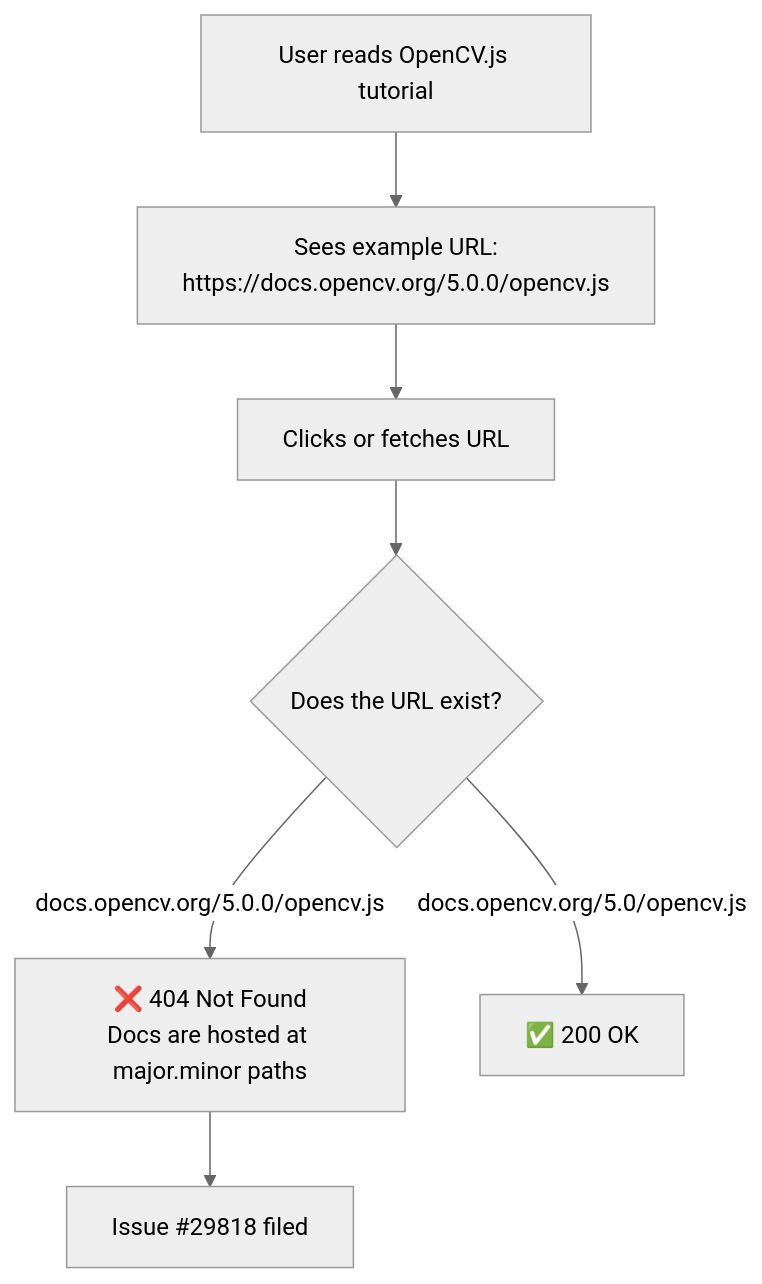
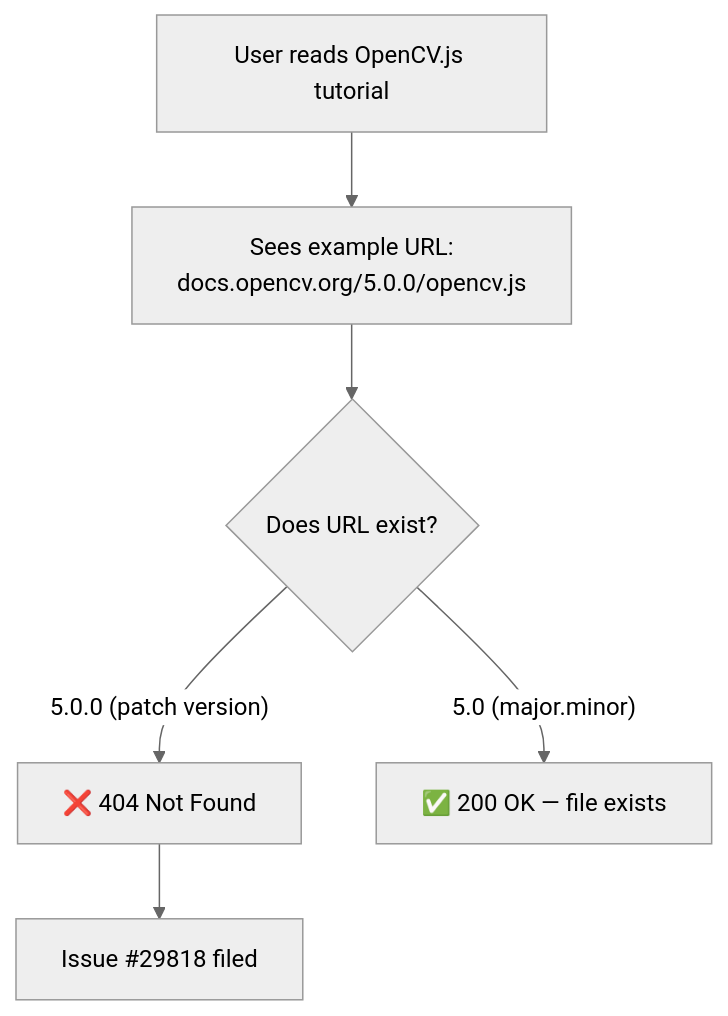
The third of 11 diagrams in FIXES_DOCUMENTATION.md (varun-projects/opencv), drawn with Mermaid (neutral theme) before and after one commit. The commit also changed other lines of this file, not shown here.

First line of the commit message:
docs: complete documentation with all 5 PRs, flowcharts and PR descriptions

````diff
--- a/FIXES_DOCUMENTATION.md
+++ b/FIXES_DOCUMENTATION.md
@@ -124,9 +111,8 @@
 ```mermaid
 flowchart TD
-    A[User reads OpenCV.js tutorial] --> B[Sees example URL:\nhttps://docs.opencv.org/5.0.0/opencv.js]
-    B --> C[Clicks or fetches URL]
-    C --> D{Does the URL exist?}
-    D -->|"docs.opencv.org/5.0.0/opencv.js"| E["❌ 404 Not Found\nDocs are hosted at major.minor paths"]
-    D -->|"docs.opencv.org/5.0/opencv.js"| F["✅ 200 OK"]
-    E --> G[Issue #29818 filed]
+    A[User reads OpenCV.js tutorial] --> B["Sees example URL:\ndocs.opencv.org/5.0.0/opencv.js"]
+    B --> C{Does URL exist?}
+    C -->|"5.0.0 (patch version)"| D["❌ 404 Not Found"]
+    C -->|"5.0 (major.minor)"| E["✅ 200 OK — file exists"]
+    D --> F[Issue #29818 filed]
 ```
````
